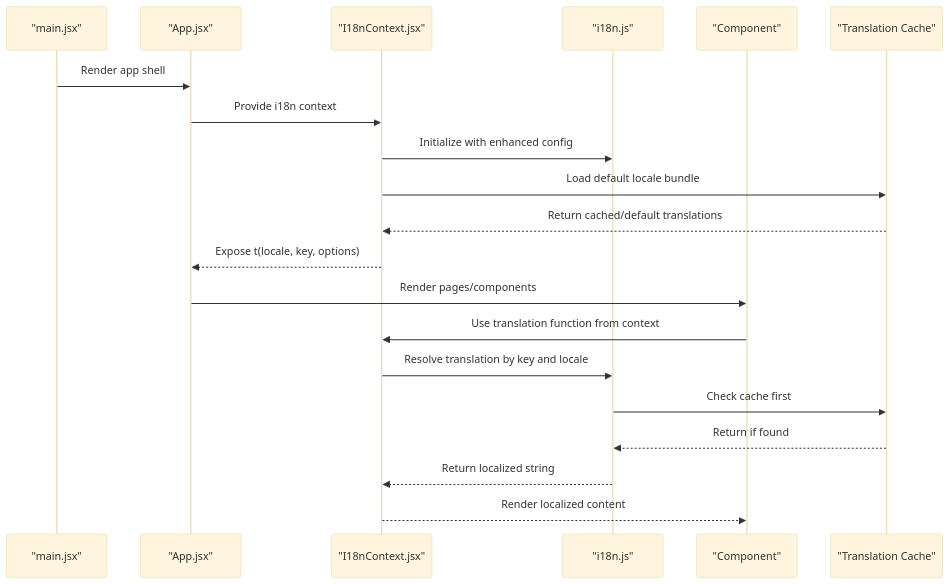
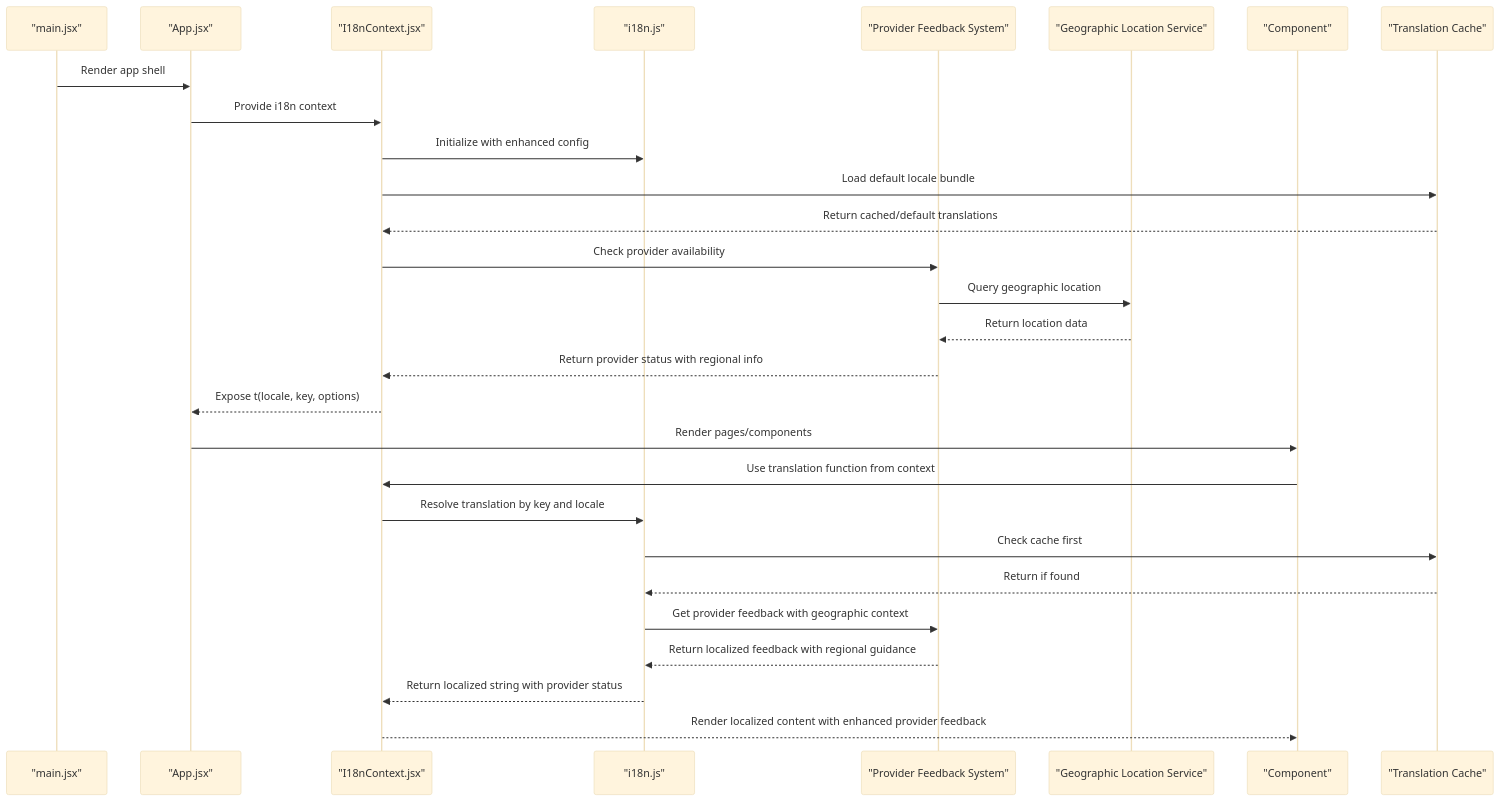
One commit to zmyeo54/briefroom changed the second of 5 diagrams in .qoder/repowiki/en/content/Utility Libraries/Internationalization (i18n).md. Above: the diagram before and after it, drawn with Mermaid (base theme). The commit also changed other lines of this file and 42 other files, not shown here.

````diff
--- a/.qoder/repowiki/en/content/Utility Libraries/Internationalization (i18n).md
+++ b/.qoder/repowiki/en/content/Utility Libraries/Internationalization (i18n).md
@@ -121,22 +132,30 @@
 ```mermaid
 sequenceDiagram
 participant M as "main.jsx"
 participant A as "App.jsx"
 participant P as "I18nContext.jsx"
 participant L as "i18n.js"
+participant PF as "Provider Feedback System"
+participant G as "Geographic Location Service"
 participant C as "Component"
 participant Cache as "Translation Cache"
 M->>A : Render app shell
 A->>P : Provide i18n context
 P->>L : Initialize with enhanced config
 P->>Cache : Load default locale bundle
 Cache-->>P : Return cached/default translations
+P->>PF : Check provider availability
+PF->>G : Query geographic location
+G-->>PF : Return location data
+PF-->>P : Return provider status with regional info
 P-->>A : Expose t(locale, key, options)
 A->>C : Render pages/components
 C->>P : Use translation function from context
 P->>L : Resolve translation by key and locale
 L->>Cache : Check cache first
 Cache-->>L : Return if found
-L-->>P : Return localized string
-P-->>C : Render localized content
+L->>PF : Get provider feedback with geographic context
+PF-->>L : Return localized feedback with regional guidance
+L-->>P : Return localized string with provider status
+P-->>C : Render localized content with enhanced provider feedback
 ```
````
